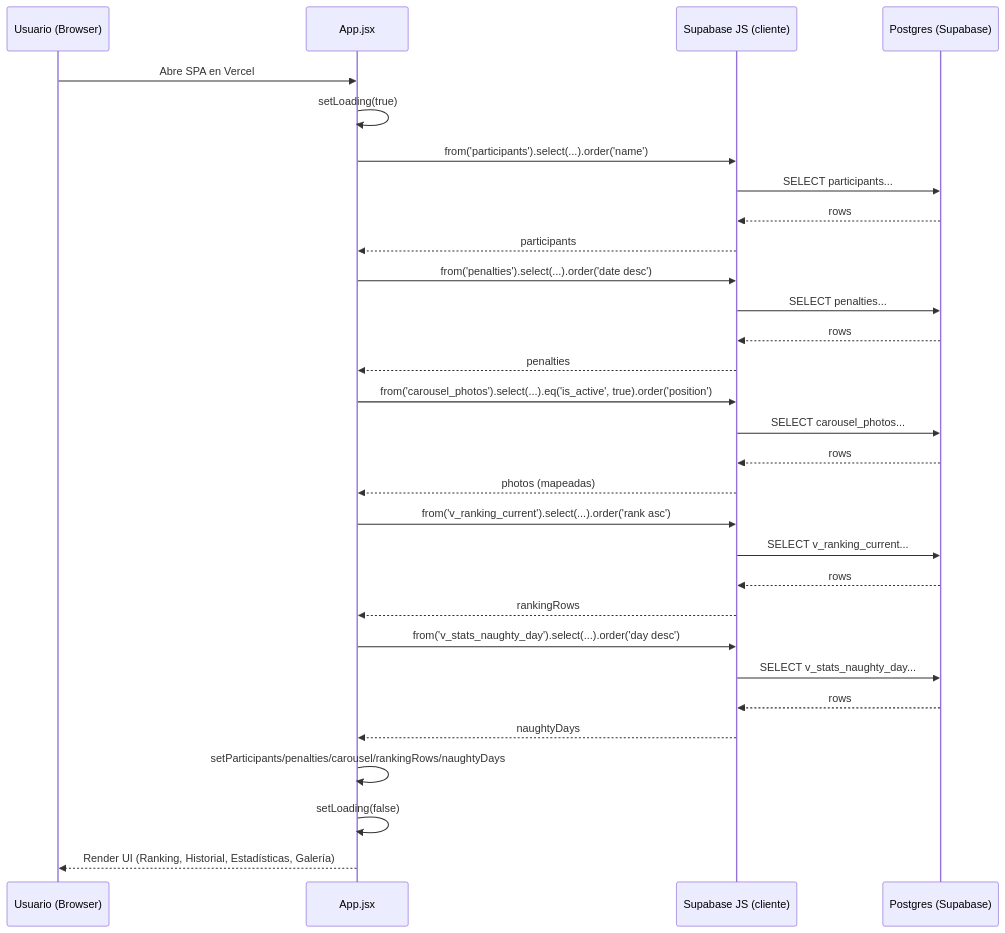
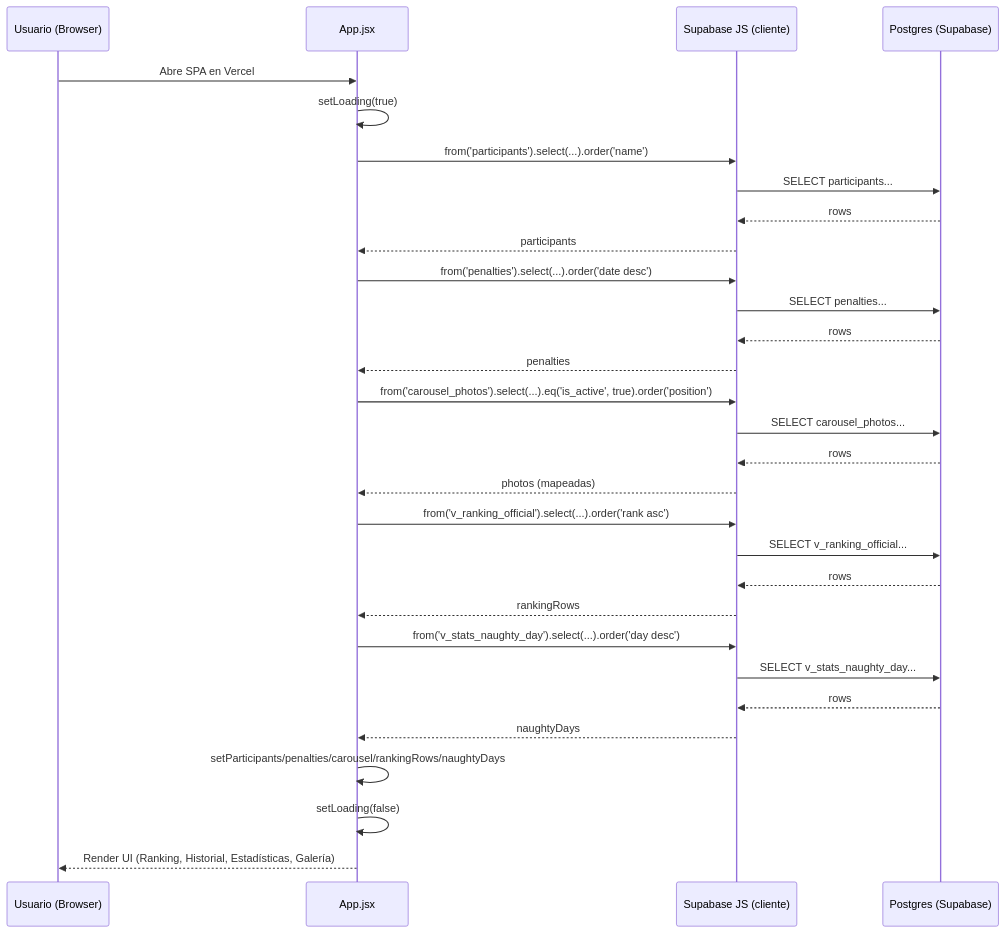
One commit to jsmdev/liga-jimmy-fantasy changed the second of 2 diagrams in README.md. Above: the diagram before and after it, drawn with Mermaid. The commit also changed other lines of this file and 3 other files, not shown here.

````diff
--- a/README.md
+++ b/README.md
@@ -83,38 +83,38 @@
 ```mermaid
 sequenceDiagram
   participant U as Usuario (Browser)
   participant A as App.jsx
   participant S as Supabase JS (cliente)
   participant PG as Postgres (Supabase)
 
   U->>A: Abre SPA en Vercel
   A->>A: setLoading(true)
   A->>S: from('participants').select(...).order('name')
   S->>PG: SELECT participants...
   PG-->>S: rows
   S-->>A: participants
 
   A->>S: from('penalties').select(...).order('date desc')
   S->>PG: SELECT penalties...
   PG-->>S: rows
   S-->>A: penalties
 
   A->>S: from('carousel_photos').select(...).eq('is_active', true).order('position')
   S->>PG: SELECT carousel_photos...
   PG-->>S: rows
   S-->>A: photos (mapeadas)
 
-  A->>S: from('v_ranking_current').select(...).order('rank asc')
-  S->>PG: SELECT v_ranking_current...
+  A->>S: from('v_ranking_official').select(...).order('rank asc')
+  S->>PG: SELECT v_ranking_official...
   PG-->>S: rows
   S-->>A: rankingRows
 
   A->>S: from('v_stats_naughty_day').select(...).order('day desc')
   S->>PG: SELECT v_stats_naughty_day...
   PG-->>S: rows
   S-->>A: naughtyDays
 
   A->>A: setParticipants/penalties/carousel/rankingRows/naughtyDays
   A->>A: setLoading(false)
   A-->>U: Render UI (Ranking, Historial, Estadísticas, Galería)
 ```
````
